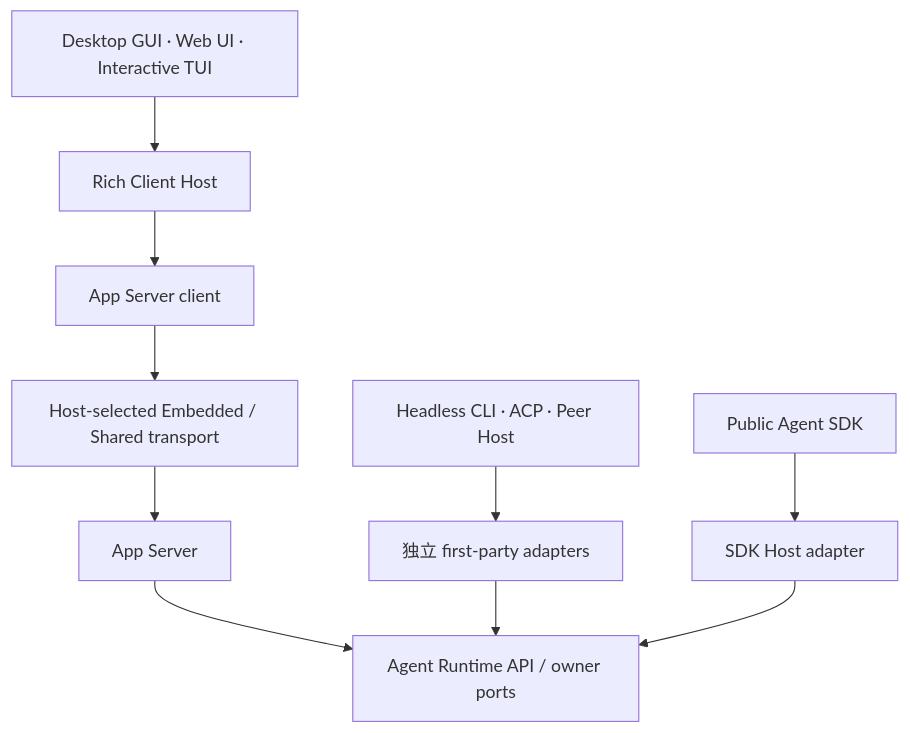
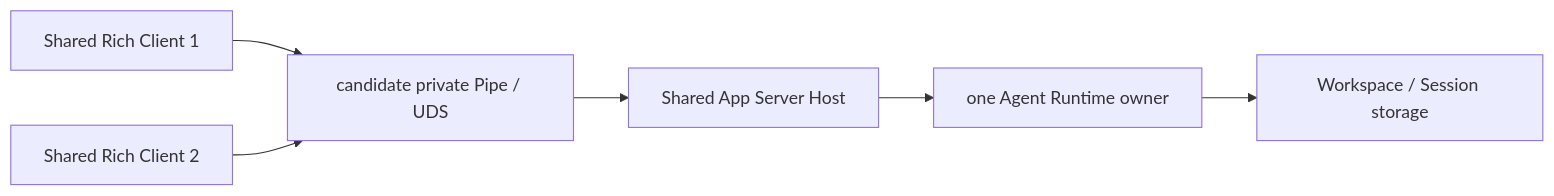
The fourth of 17 diagrams in docs/architecture/agent-runtime-deployment-design.md (1688mengdie/BitFun), drawn with Mermaid before and after one commit. The commit also changed other lines of this file and 4 other files, not shown here.

Commit message:
docs: refine TUI runtime and management boundaries

````diff
--- a/docs/architecture/agent-runtime-deployment-design.md
+++ b/docs/architecture/agent-runtime-deployment-design.md
@@ -47,12 +61,8 @@
 ```mermaid
-flowchart TB
-  Rich["Desktop GUI · Web UI · Interactive TUI"] --> Host["Rich Client Host"]
-  Host --> Client["App Server client"]
-  Client --> Transport["Host-selected Embedded / Shared transport"]
-  Transport --> AppServer["App Server"]
-  Other["Headless CLI · ACP · Peer Host"] --> Adapter["独立 first-party adapters"]
-  SDK["Public Agent SDK"] --> SDKHost["SDK Host adapter"]
-  AppServer --> API["Agent Runtime API / owner ports"]
-  Adapter --> API
-  SDKHost --> API
+flowchart LR
+  C1["Shared Rich Client 1"] --> Transport["candidate private Pipe / UDS"]
+  C2["Shared Rich Client 2"] --> Transport
+  Transport --> Host["Shared App Server Host"]
+  Host --> Runtime["one Agent Runtime owner"]
+  Runtime --> Storage["Workspace / Session storage"]
 ```
````
